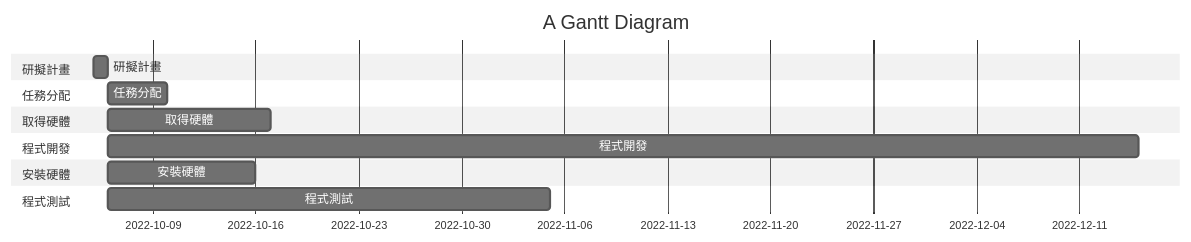
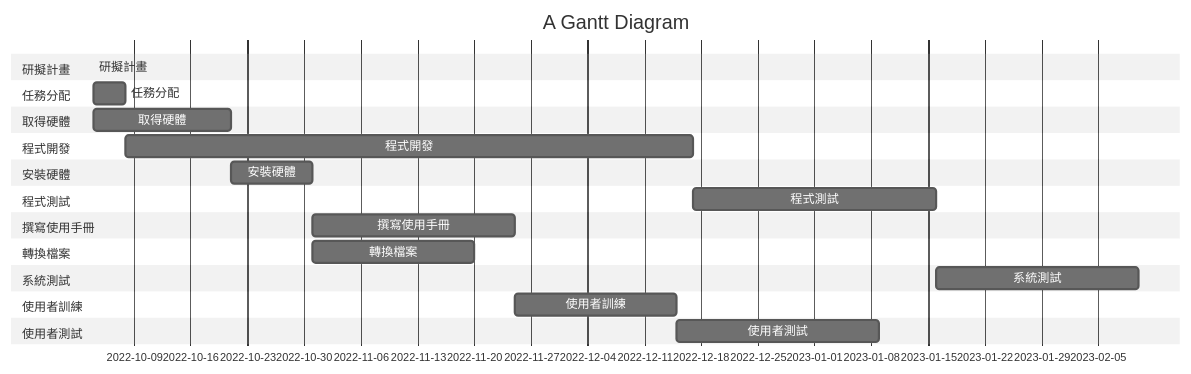
One commit to angus426/2022_3B_System_Analysis changed the diagram in hw2.md. Above: the diagram before and after it, drawn with Mermaid (neutral theme).

````diff
--- a/hw2.md
+++ b/hw2.md
@@ -3,17 +3,27 @@
 ```mermaid
 gantt
     title A Gantt Diagram
 
     section 研擬計畫
-    研擬計畫         :a1, 2022-10-05, 1d
+    研擬計畫         :active,  des1,2022-10-04  , 2022-10-04
     section 任務分配
-    任務分配      :2022-10-6  , 4d
+    任務分配      :des2, after des1 , 4d
     section 取得硬體
-    取得硬體     :2022-10-6  , 11d
+    取得硬體     :des3, after des1 , 17d
     section 程式開發
-    程式開發      :2022-10-6  , 70d
+    程式開發      :des4, after des2 , 70d
     section 安裝硬體
-    安裝硬體      :2022-10-6  , 10d
+    安裝硬體      :des5, after des3 , 10d
     section 程式測試
-    程式測試      :2022-10-6  , 30d
+    程式測試      :des6, after des4 , 30d
+    section 撰寫使用手冊
+    撰寫使用手冊      :des7, after des5 , 25d
+    section 轉換檔案
+    轉換檔案      :des8, after des5 , 20d
+    section 系統測試
+    系統測試      :des9, after des6 , 25d
+    section 使用者訓練
+    使用者訓練      :des10, after des7 , 20d
+    section 使用者測試
+    使用者測試      :des11, after des10 , 25d
 ```
````
